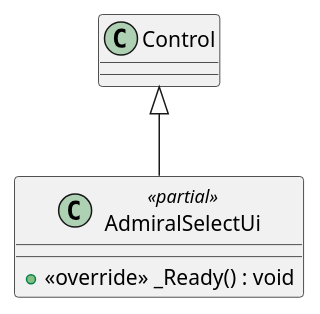
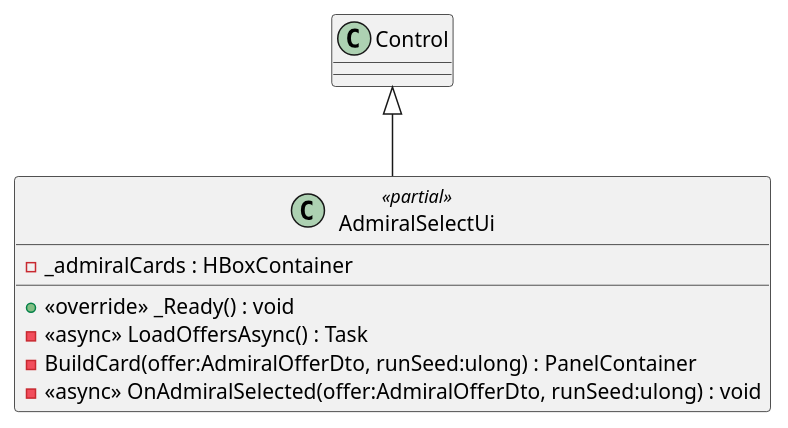
One commit to Tai-trinh/skock changed the diagram in diagrams/csharp/client/src/meta/AdmiralSelectUi.puml. Above: the diagram before and after it, drawn with PlantUML. The commit also changed 50 other files, not shown here.

```diff
--- a/diagrams/csharp/client/src/meta/AdmiralSelectUi.puml
+++ b/diagrams/csharp/client/src/meta/AdmiralSelectUi.puml
@@ -1,6 +1,10 @@
 @startuml
 class AdmiralSelectUi <<partial>> {
+    - _admiralCards : HBoxContainer
     + <<override>> _Ready() : void
+    - <<async>> LoadOffersAsync() : Task
+    - BuildCard(offer:AdmiralOfferDto, runSeed:ulong) : PanelContainer
+    - <<async>> OnAdmiralSelected(offer:AdmiralOfferDto, runSeed:ulong) : void
 }
 Control <|-- AdmiralSelectUi
 @enduml
```
